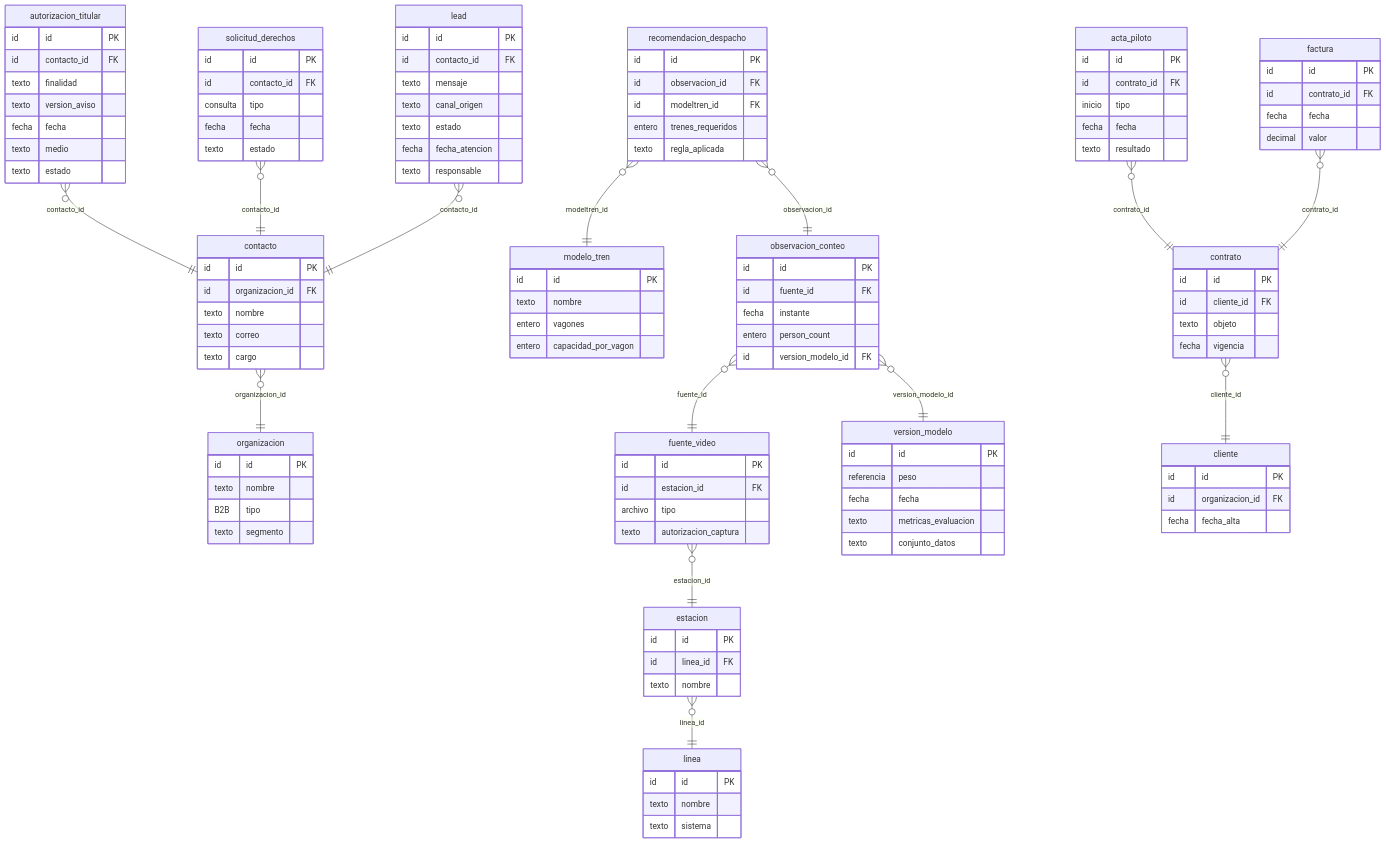
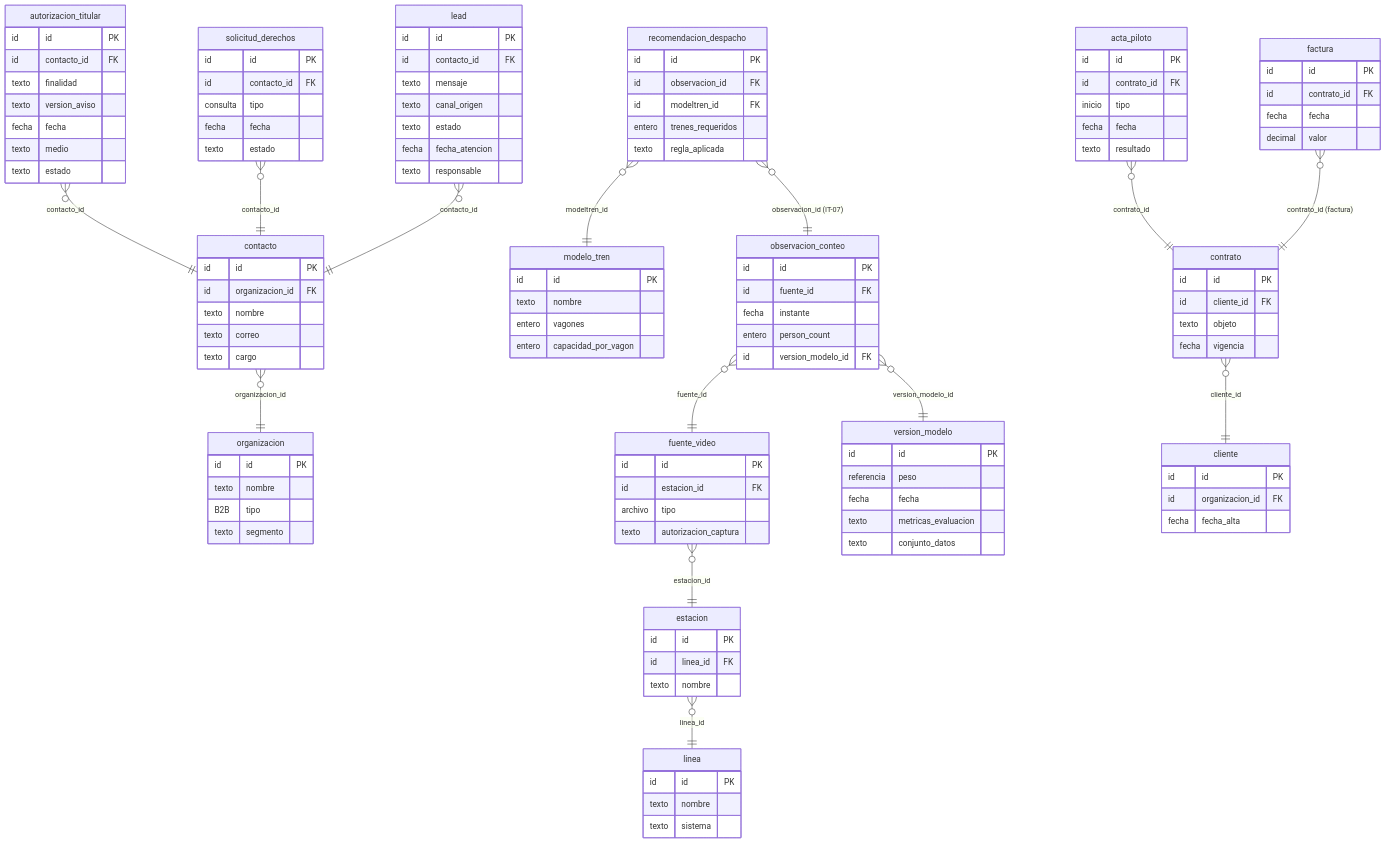
One commit to 5arSanti/tro-launcher changed the diagram in docs/ae-final-project/ondas/M2-datos/diagramas/E-03-logico-to-be.mmd. Above: the diagram before and after it, drawn with Mermaid. The commit also changed 5 other files, not shown here.

```diff
--- a/docs/ae-final-project/ondas/M2-datos/diagramas/E-03-logico-to-be.mmd
+++ b/docs/ae-final-project/ondas/M2-datos/diagramas/E-03-logico-to-be.mmd
@@ -1,119 +1,119 @@
 erDiagram
     organizacion {
         id id PK
         texto nombre
         B2B tipo
         texto segmento
     }
     contacto {
         id id PK
         id organizacion_id FK
         texto nombre
         texto correo
         texto cargo
     }
     autorizacion_titular {
         id id PK
         id contacto_id FK
         texto finalidad
         texto version_aviso
         fecha fecha
         texto medio
         texto estado
     }
     lead {
         id id PK
         id contacto_id FK
         texto mensaje
         texto canal_origen
         texto estado
         fecha fecha_atencion
         texto responsable
     }
     solicitud_derechos {
         id id PK
         id contacto_id FK
         consulta tipo
         fecha fecha
         texto estado
     }
     linea {
         id id PK
         texto nombre
         texto sistema
     }
     estacion {
         id id PK
         id linea_id FK
         texto nombre
     }
     fuente_video {
         id id PK
         id estacion_id FK
         archivo tipo
         texto autorizacion_captura
     }
     modelo_tren {
         id id PK
         texto nombre
         entero vagones
         entero capacidad_por_vagon
     }
     recomendacion_despacho {
         id id PK
         id observacion_id FK
         id modeltren_id FK
         entero trenes_requeridos
         texto regla_aplicada
     }
     observacion_conteo {
         id id PK
         id fuente_id FK
         fecha instante
         entero person_count
         id version_modelo_id FK
     }
     version_modelo {
         id id PK
         referencia peso
         fecha fecha
         texto metricas_evaluacion
         texto conjunto_datos
     }
     cliente {
         id id PK
         id organizacion_id FK
         fecha fecha_alta
     }
     contrato {
         id id PK
         id cliente_id FK
         texto objeto
         fecha vigencia
     }
     acta_piloto {
         id id PK
         id contrato_id FK
         inicio tipo
         fecha fecha
         texto resultado
     }
     factura {
         id id PK
         id contrato_id FK
         fecha fecha
         decimal valor
     }
     contrato }o--|| cliente : "cliente_id"
     acta_piloto }o--|| contrato : "contrato_id"
-    factura }o--|| contrato : "contrato_id"
+    factura }o--|| contrato : "contrato_id (factura)"
     contacto }o--|| organizacion : "organizacion_id"
     autorizacion_titular }o--|| contacto : "contacto_id"
     solicitud_derechos }o--|| contacto : "contacto_id"
     lead }o--|| contacto : "contacto_id"
     estacion }o--|| linea : "linea_id"
     fuente_video }o--|| estacion : "estacion_id"
     observacion_conteo }o--|| fuente_video : "fuente_id"
     observacion_conteo }o--|| version_modelo : "version_modelo_id"
-    recomendacion_despacho }o--|| observacion_conteo : "observacion_id"
+    recomendacion_despacho }o--|| observacion_conteo : "observacion_id (IT-07)"
     recomendacion_despacho }o--|| modelo_tren : "modeltren_id"
```
